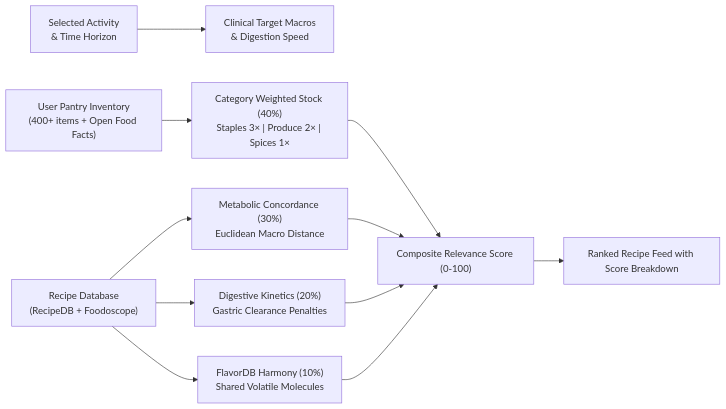
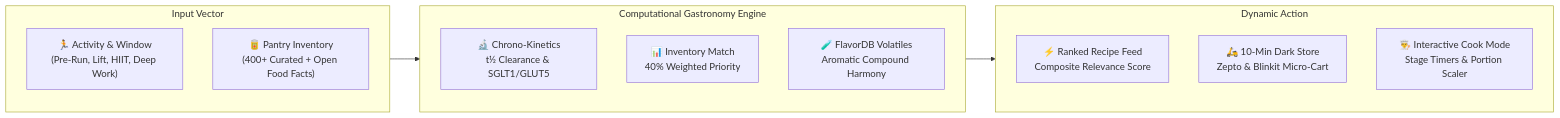
One commit to VisheshMis/you-are-what-you-eat changed the diagram in README.md. Above: the diagram before and after it, drawn with Mermaid. The commit also changed other lines of this file, not shown here.

````diff
--- a/README.md
+++ b/README.md
@@ -94,12 +34,21 @@
 ```mermaid
 flowchart LR
-    A["Selected Activity<br/>& Time Horizon"] --> B["Clinical Target Macros<br/>& Digestion Speed"]
-    P["User Pantry Inventory<br/>(400+ items + Open Food Facts)"] --> C["Category Weighted Stock (40%)<br/>Staples 3× | Produce 2× | Spices 1×"]
-    
-    R["Recipe Database<br/>(RecipeDB + Foodoscope)"] --> D["Metabolic Concordance (30%)<br/>Euclidean Macro Distance"]
-    R --> E["Digestive Kinetics (20%)<br/>Gastric Clearance Penalties"]
-    R --> F["FlavorDB Harmony (10%)<br/>Shared Volatile Molecules"]
+    subgraph INPUTS["Input Vector"]
+        A["🏃 Activity & Window<br/>(Pre-Run, Lift, HIIT, Deep Work)"]
+        B["🥫 Pantry Inventory<br/>(400+ Curated + Open Food Facts)"]
+    end
 
-    C & D & E & F --> G["Composite Relevance Score (0-100)"]
-    G --> H["Ranked Recipe Feed with Score Breakdown"]
+    subgraph ENGINE["Computational Gastronomy Engine"]
+        C["🔬 Chrono-Kinetics<br/>t½ Clearance & SGLT1/GLUT5"]
+        D["📊 Inventory Match<br/>40% Weighted Priority"]
+        E["🧪 FlavorDB Volatiles<br/>Aromatic Compound Harmony"]
+    end
+
+    subgraph OUTPUT["Dynamic Action"]
+        F["⚡ Ranked Recipe Feed<br/>Composite Relevance Score"]
+        G["🛵 10-Min Dark Store<br/>Zepto & Blinkit Micro-Cart"]
+        H["👨‍🍳 Interactive Cook Mode<br/>Stage Timers & Portion Scaler"]
+    end
+
+    INPUTS --> ENGINE --> OUTPUT
 ```
````
